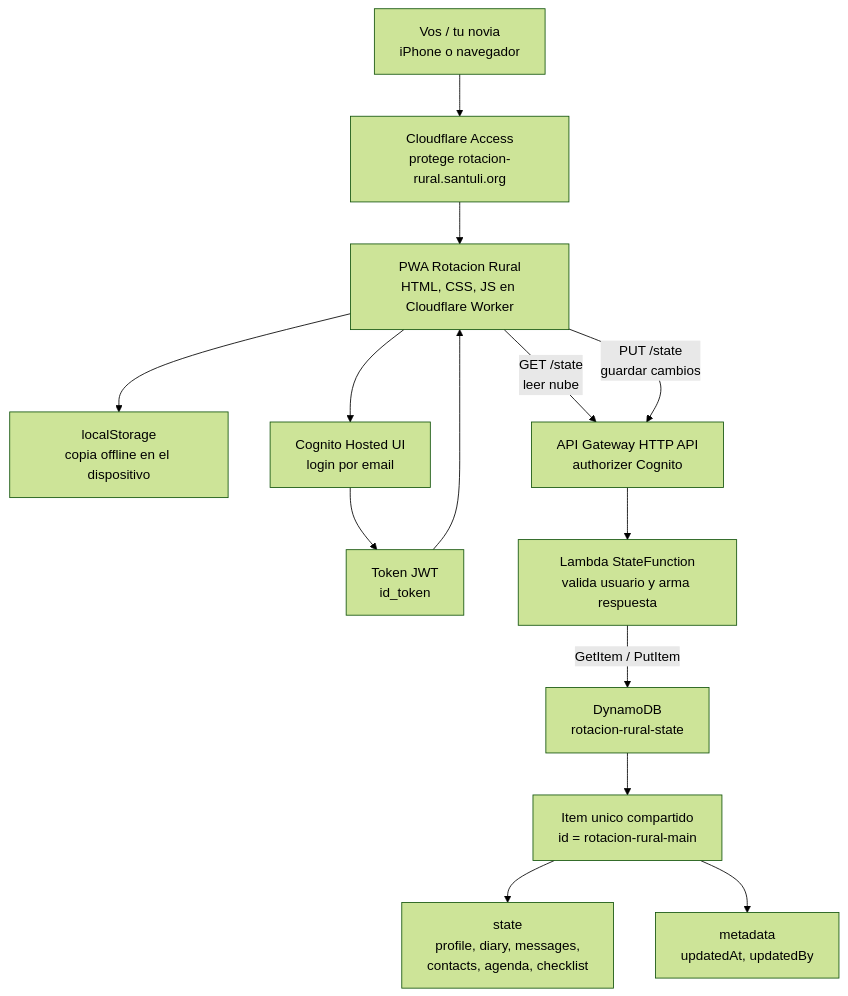
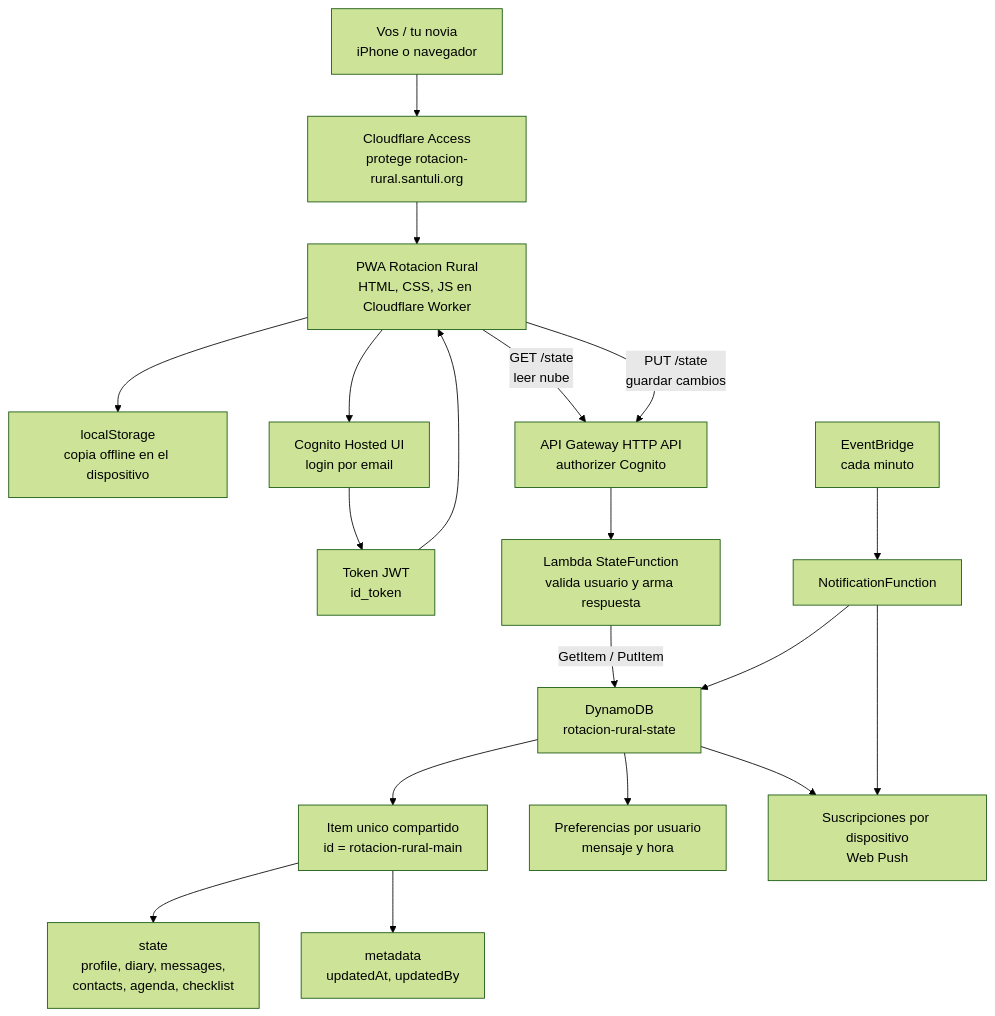
The diagram in aws/DATABASE.md (SantiFernandez17/rotacion-rural), drawn with Mermaid (forest theme) before and after one commit. The commit also changed other lines of this file and 6 other files, not shown here.

Commit message:
Personalizar mensajes y horarios por usuario

````diff
--- a/aws/DATABASE.md
+++ b/aws/DATABASE.md
@@ -7,21 +7,26 @@
 ```mermaid
 flowchart TD
   U["Vos / tu novia<br/>iPhone o navegador"] --> CF["Cloudflare Access<br/>protege rotacion-rural.santuli.org"]
   CF --> APP["PWA Rotacion Rural<br/>HTML, CSS, JS en Cloudflare Worker"]
 
   APP --> LS["localStorage<br/>copia offline en el dispositivo"]
 
   APP --> COG["Cognito Hosted UI<br/>login por email"]
   COG --> TOK["Token JWT<br/>id_token"]
   TOK --> APP
 
   APP -->|GET /state<br/>leer nube| API["API Gateway HTTP API<br/>authorizer Cognito"]
   APP -->|PUT /state<br/>guardar cambios| API
 
   API --> LAMBDA["Lambda StateFunction<br/>valida usuario y arma respuesta"]
   LAMBDA -->|GetItem / PutItem| DB["DynamoDB<br/>rotacion-rural-state"]
 
   DB --> ITEM["Item unico compartido<br/>id = rotacion-rural-main"]
   ITEM --> STATE["state<br/>profile, diary, messages,<br/>contacts, agenda, checklist"]
   ITEM --> META["metadata<br/>updatedAt, updatedBy"]
+  DB --> PREF["Preferencias por usuario<br/>mensaje y hora"]
+  DB --> PUSH["Suscripciones por dispositivo<br/>Web Push"]
+  SCHED["EventBridge<br/>cada minuto"] --> NL["NotificationFunction"]
+  NL --> DB
+  NL --> PUSH
 ```
````
